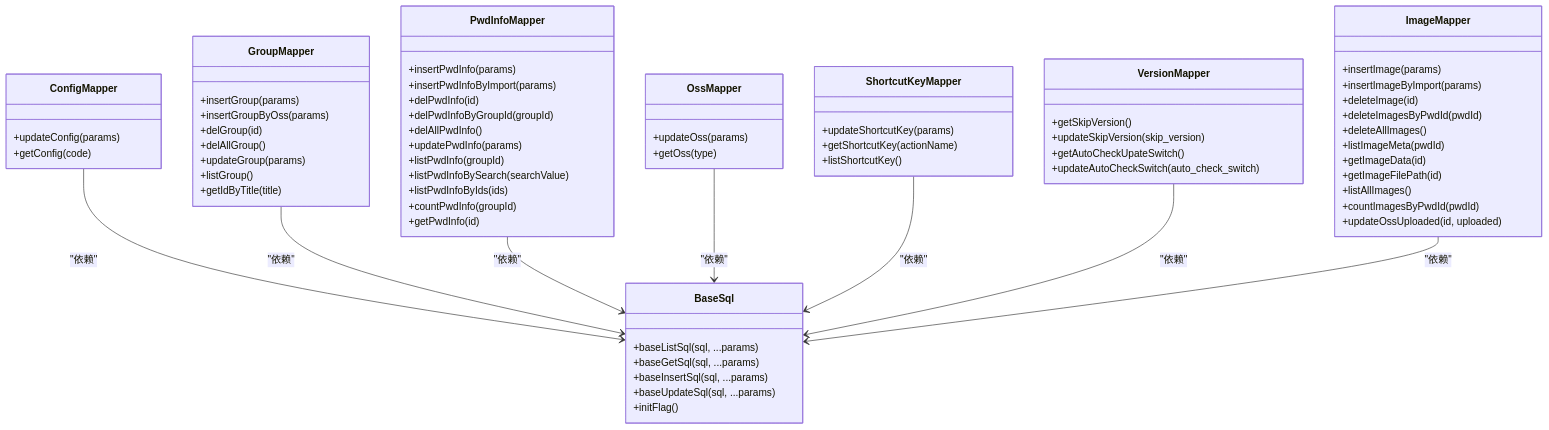
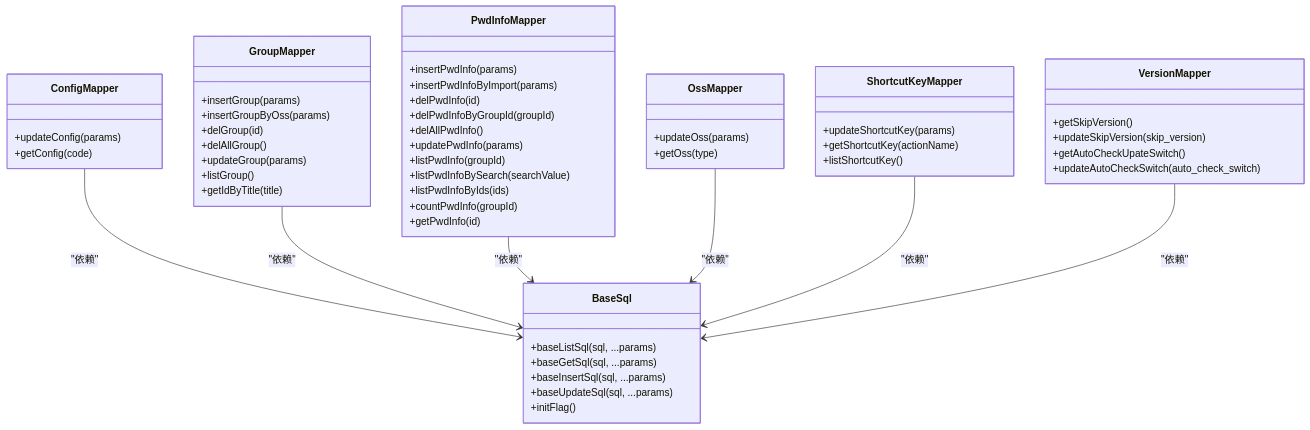
Before and after one commit to scgithub3220216/password-manager: the third of 5 diagrams in .qoder/repowiki/zh/content/架构设计/数据库层架构/Mapper层设计/Mapper层设计.md, drawn with Mermaid. The commit also changed other lines of this file and 17 other files, not shown here.

````diff
--- a/.qoder/repowiki/zh/content/架构设计/数据库层架构/Mapper层设计/Mapper层设计.md
+++ b/.qoder/repowiki/zh/content/架构设计/数据库层架构/Mapper层设计/Mapper层设计.md
@@ -316,71 +268,57 @@
 ```mermaid
 classDiagram
 class BaseSql {
 +baseListSql(sql, ...params)
 +baseGetSql(sql, ...params)
 +baseInsertSql(sql, ...params)
 +baseUpdateSql(sql, ...params)
 +initFlag()
 }
 class ConfigMapper {
 +updateConfig(params)
 +getConfig(code)
 }
 class GroupMapper {
 +insertGroup(params)
 +insertGroupByOss(params)
 +delGroup(id)
 +delAllGroup()
 +updateGroup(params)
 +listGroup()
 +getIdByTitle(title)
 }
 class PwdInfoMapper {
 +insertPwdInfo(params)
 +insertPwdInfoByImport(params)
 +delPwdInfo(id)
 +delPwdInfoByGroupId(groupId)
 +delAllPwdInfo()
 +updatePwdInfo(params)
 +listPwdInfo(groupId)
 +listPwdInfoBySearch(searchValue)
 +listPwdInfoByIds(ids)
 +countPwdInfo(groupId)
 +getPwdInfo(id)
 }
 class OssMapper {
 +updateOss(params)
 +getOss(type)
 }
 class ShortcutKeyMapper {
 +updateShortcutKey(params)
 +getShortcutKey(actionName)
 +listShortcutKey()
 }
 class VersionMapper {
 +getSkipVersion()
 +updateSkipVersion(skip_version)
 +getAutoCheckUpateSwitch()
 +updateAutoCheckSwitch(auto_check_switch)
 }
-class ImageMapper {
-+insertImage(params)
-+insertImageByImport(params)
-+deleteImage(id)
-+deleteImagesByPwdId(pwdId)
-+deleteAllImages()
-+listImageMeta(pwdId)
-+getImageData(id)
-+getImageFilePath(id)
-+listAllImages()
-+countImagesByPwdId(pwdId)
-+updateOssUploaded(id, uploaded)
-}
 ConfigMapper --> BaseSql : "依赖"
 GroupMapper --> BaseSql : "依赖"
 PwdInfoMapper --> BaseSql : "依赖"
 OssMapper --> BaseSql : "依赖"
 ShortcutKeyMapper --> BaseSql : "依赖"
 VersionMapper --> BaseSql : "依赖"
-ImageMapper --> BaseSql : "依赖"
 ```
````
